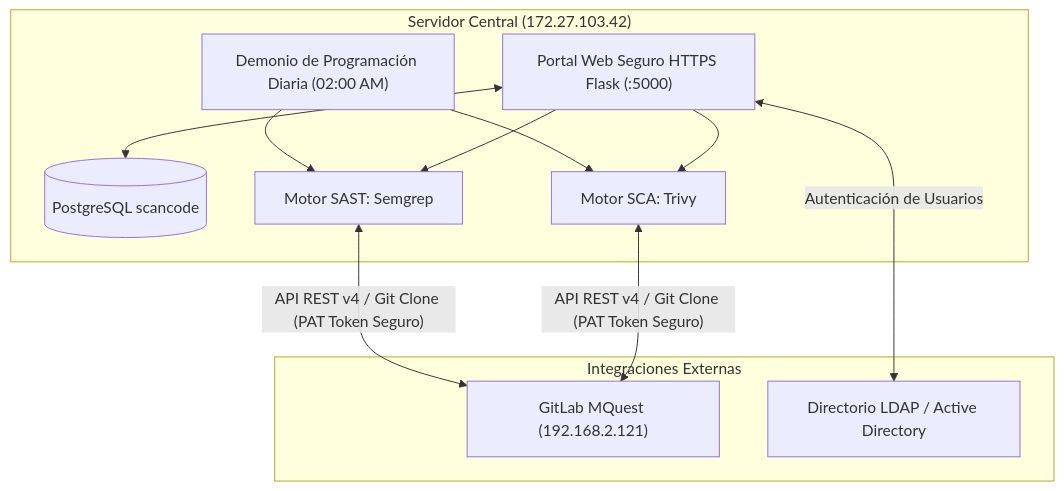
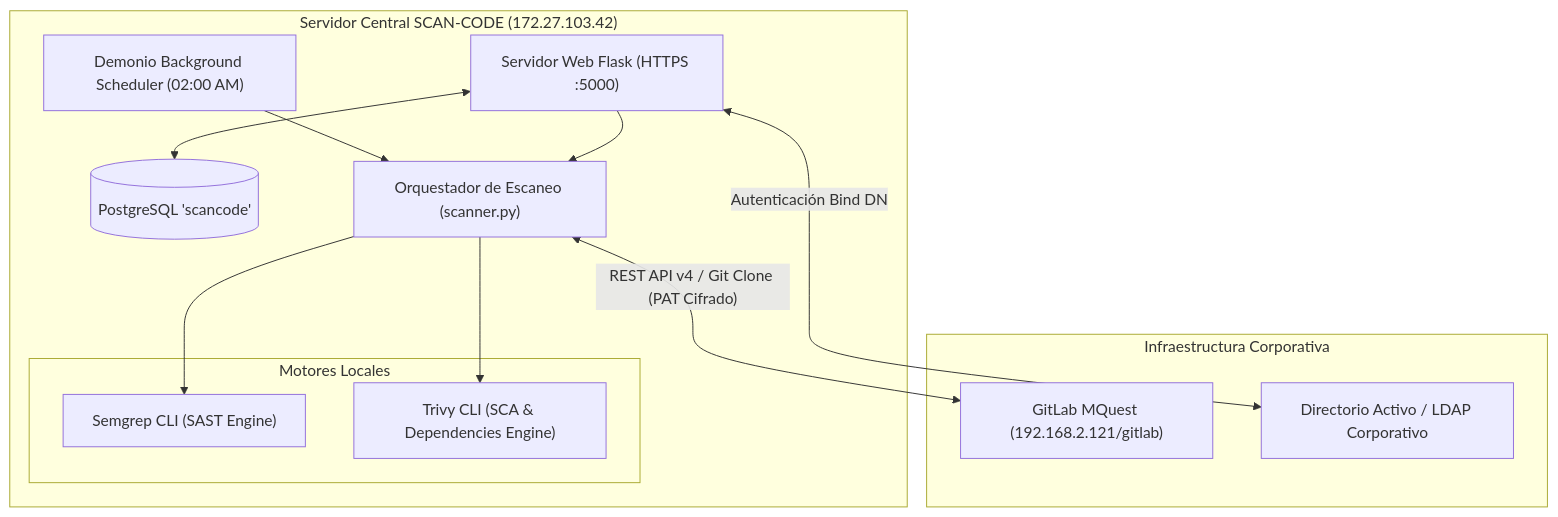
Before and after one commit to cplazaibarra/analisis-codigo: the first of 3 diagrams in MANUAL_DE_OPERACION.md, drawn with Mermaid. The commit also changed other lines of this file, not shown here.

Commit message:
docs: Actualización técnica exhaustiva del Manual de Operación (Arquitectura, Integración GitLab, SAST/SCA y Procedimientos de Escaneo)

````diff
--- a/MANUAL_DE_OPERACION.md
+++ b/MANUAL_DE_OPERACION.md
@@ -13,23 +26,27 @@
 ```mermaid
 flowchart TD
-    subgraph Servidor Central ["Servidor Central (172.27.103.42)"]
-        UI["Portal Web Seguro HTTPS Flask (:5000)"]
-        DB[(PostgreSQL scancode)]
-        SCHED["Demonio de Programación Diaria (02:00 AM)"]
-        ENG_SAST["Motor SAST: Semgrep"]
-        ENG_SCA["Motor SCA: Trivy"]
+    subgraph Servidor Central ["Servidor Central SCAN-CODE (172.27.103.42)"]
+        WEB["Servidor Web Flask (HTTPS :5000)"]
+        DB[(PostgreSQL 'scancode')]
+        DAEMON["Demonio Background Scheduler (02:00 AM)"]
+        ORCH["Orquestador de Escaneo (scanner.py)"]
+        
+        subgraph Motores Locales
+            SEMGREP["Semgrep CLI (SAST Engine)"]
+            TRIVY["Trivy CLI (SCA & Dependencies Engine)"]
+        end
     end
 
-    subgraph Integraciones Externas
-        GL["GitLab MQuest (192.168.2.121)"]
-        LDAP["Directorio LDAP / Active Directory"]
+    subgraph Infraestructura Corporativa
+        GL["GitLab MQuest (192.168.2.121/gitlab)"]
+        LDAP["Directorio Activo / LDAP Corporativo"]
     end
 
-    UI <--> DB
-    SCHED --> ENG_SAST
-    SCHED --> ENG_SCA
-    UI --> ENG_SAST
-    UI --> ENG_SCA
-    ENG_SAST & ENG_SCA <-- "API REST v4 / Git Clone (PAT Token Seguro)" --> GL
-    UI <-- "Autenticación de Usuarios" --> LDAP
+    WEB <--> DB
+    DAEMON --> ORCH
+    WEB --> ORCH
+    ORCH --> SEMGREP
+    ORCH --> TRIVY
+    ORCH <--"REST API v4 / Git Clone (PAT Cifrado)"--> GL
+    WEB <--"Autenticación Bind DN"--> LDAP
 ```
````
